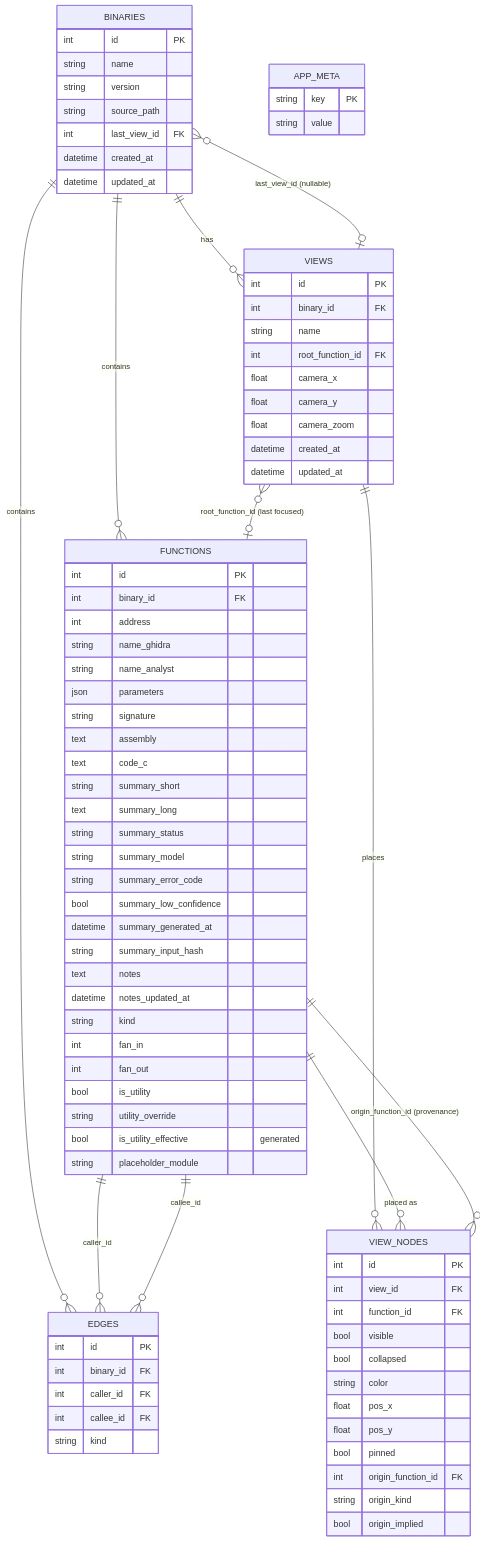
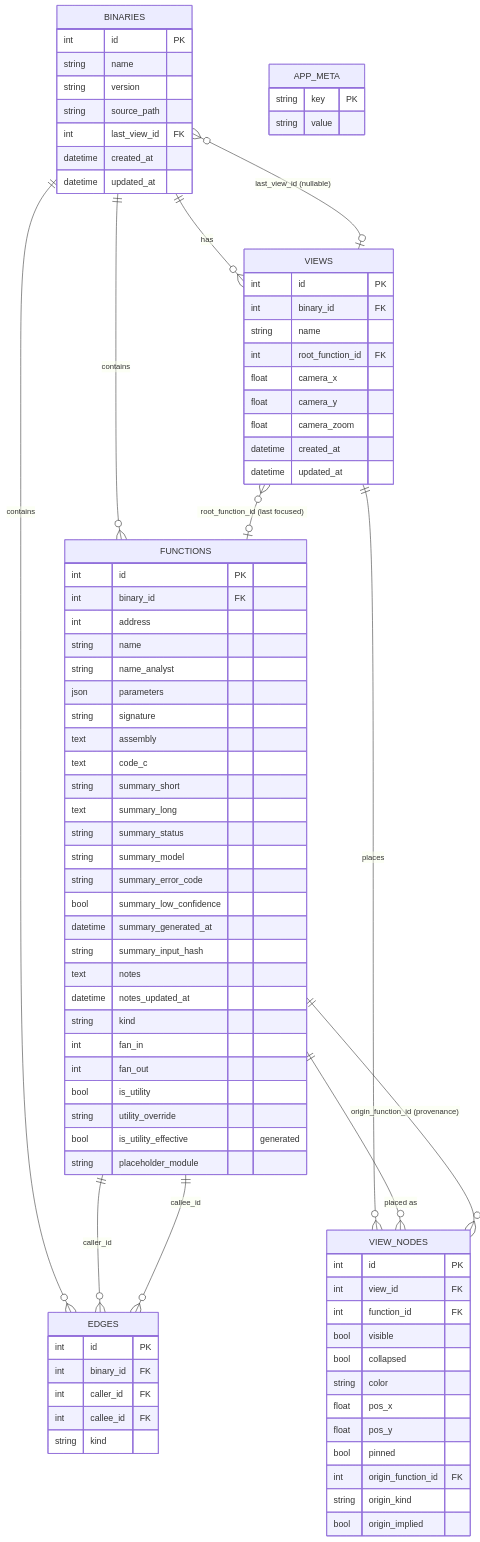
Before and after one commit to dobin/REvAId: the seventh of 7 diagrams in docs/specs/TAD.md, drawn with Mermaid. The commit also changed other lines of this file and 55 other files, not shown here.

Commit message:
refactor: rename name_ghidra to name in Function

```diff
--- a/docs/specs/TAD.md
+++ b/docs/specs/TAD.md
@@ -485,7 +485,7 @@
         int id PK
         int binary_id FK
         int address
-        string name_ghidra
+        string name
         string name_analyst
         json parameters
         string signature
```
